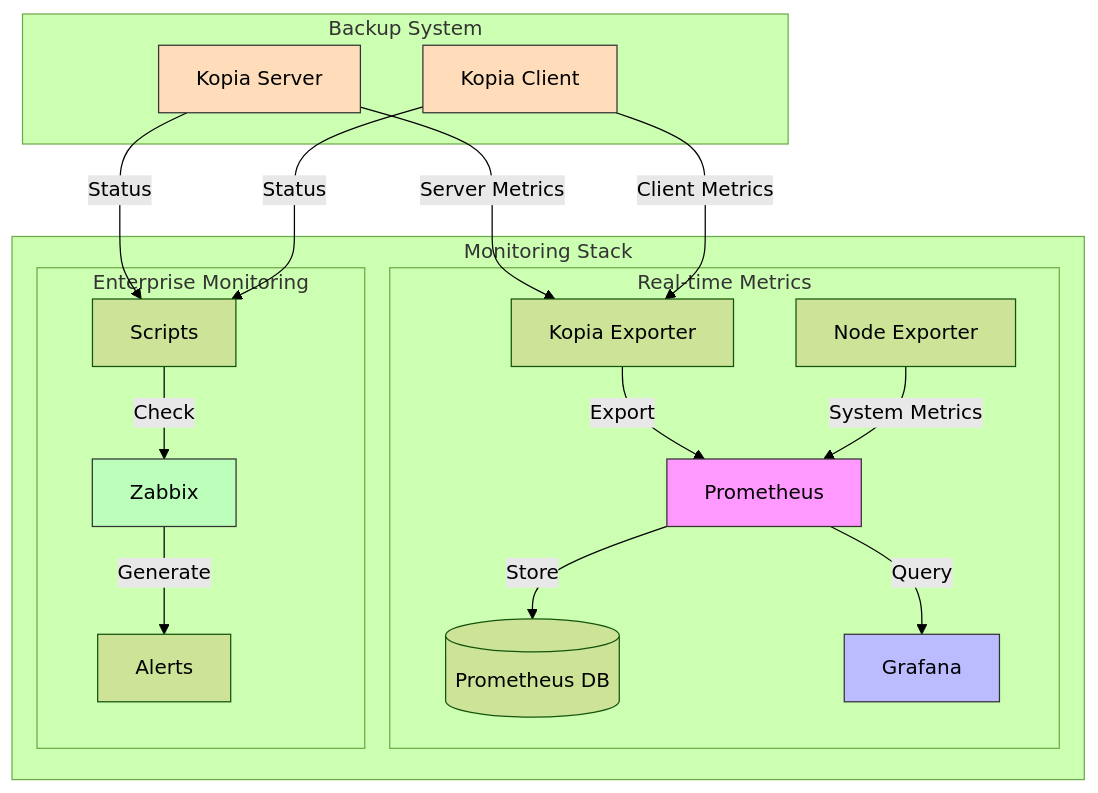
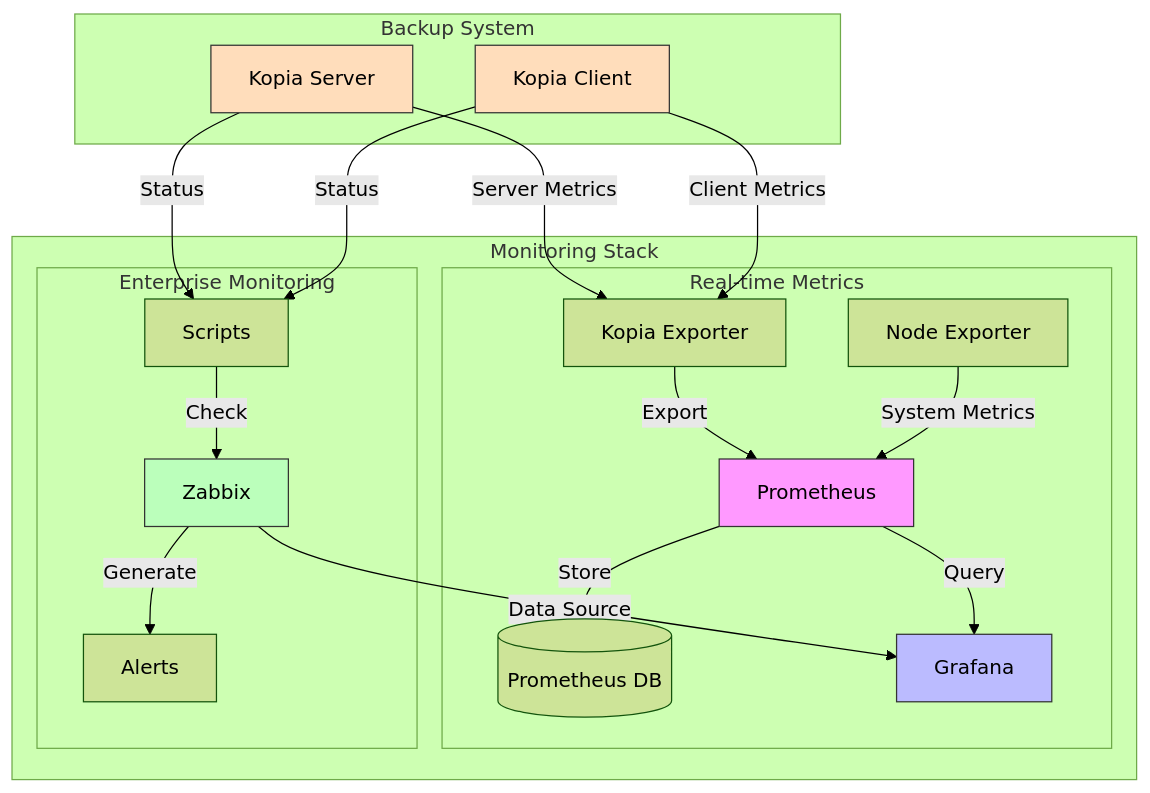
The diagram in monitoring/README.md (eblet/kopia-backup-run), drawn with Mermaid (forest theme) before and after one commit. The commit also changed other lines of this file and 3 other files, not shown here.

````diff
--- a/monitoring/README.md
+++ b/monitoring/README.md
@@ -12,32 +12,33 @@
 ```mermaid
 graph TB
     subgraph "Backup System"
         KS[Kopia Server]
         KC[Kopia Client]
     end
 
     subgraph "Monitoring Stack"
         subgraph "Real-time Metrics"
             KE[Kopia Exporter] -->|Export| P[Prometheus]
             NE[Node Exporter] -->|System Metrics| P
             P -->|Store| PD[(Prometheus DB)]
             P -->|Query| G[Grafana]
         end
 
         subgraph "Enterprise Monitoring"
             ZS[Scripts] -->|Check| Z[Zabbix]
             Z -->|Generate| ZA[Alerts]
+            Z -->|Data Source| G
         end
     end
 
     KS -->|Server Metrics| KE
     KC -->|Client Metrics| KE
     KS -->|Status| ZS
     KC -->|Status| ZS
 
     style P fill:#f9f,stroke:#333
     style G fill:#bbf,stroke:#333    
     style Z fill:#bfb,stroke:#333
     style KS fill:#fdb,stroke:#333
     style KC fill:#fdb,stroke:#333
 ```
````
